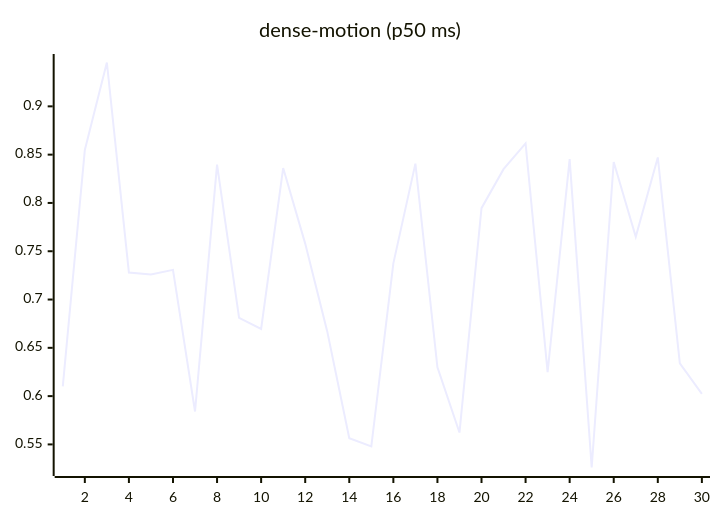
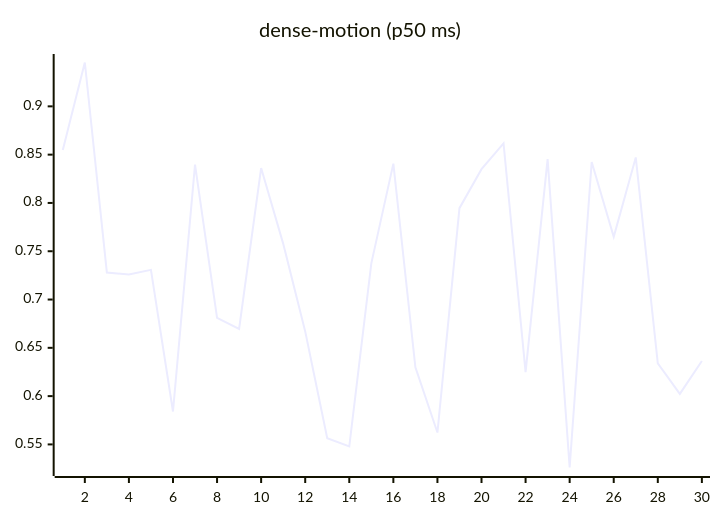
One commit to josha/Facet changed the ninth of 27 diagrams in README.md. Above: the diagram before and after it, drawn with Mermaid. The commit also changed other lines of this file and 2 other files, not shown here.

````diff
--- a/README.md
+++ b/README.md
@@ -119,6 +119,6 @@
 ```mermaid
 xychart-beta
     title "dense-motion (p50 ms)"
     x-axis 1 --> 30
-    line [0.6101, 0.8549, 0.9454, 0.7280, 0.7259, 0.7307, 0.5841, 0.8396, 0.6811, 0.6696, 0.8361, 0.7579, 0.6670, 0.5564, 0.5479, 0.7374, 0.8407, 0.6299, 0.5623, 0.7946, 0.8350, 0.8616, 0.6249, 0.8453, 0.5261, 0.8424, 0.7649, 0.8471, 0.6340, 0.6023]
+    line [0.8549, 0.9454, 0.7280, 0.7259, 0.7307, 0.5841, 0.8396, 0.6811, 0.6696, 0.8361, 0.7579, 0.6670, 0.5564, 0.5479, 0.7374, 0.8407, 0.6299, 0.5623, 0.7946, 0.8350, 0.8616, 0.6249, 0.8453, 0.5261, 0.8424, 0.7649, 0.8471, 0.6340, 0.6023, 0.6364]
 ```
````
